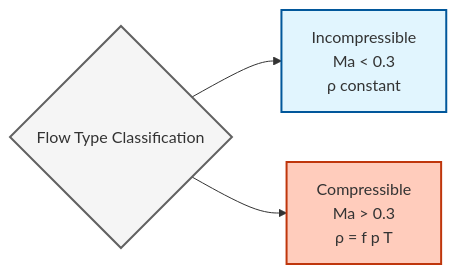
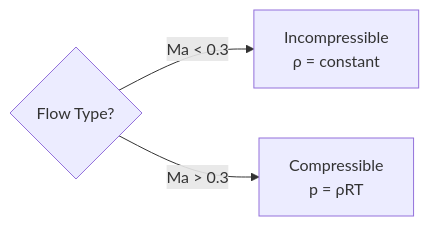
Before and after one commit to wramet/build-my-cfd: the diagram in MODULE_01_CFD_FUNDAMENTALS/CONTENT/01_GOVERNING_EQUATIONS/03_Equation_of_State.md, drawn with Mermaid. The commit also changed other lines of this file and 384 other files, not shown here.

````diff
--- a/MODULE_01_CFD_FUNDAMENTALS/CONTENT/01_GOVERNING_EQUATIONS/03_Equation_of_State.md
+++ b/MODULE_01_CFD_FUNDAMENTALS/CONTENT/01_GOVERNING_EQUATIONS/03_Equation_of_State.md
@@ -152,12 +70,5 @@
 ```mermaid
 graph LR
-classDef implicit fill:#e1f5fe,stroke:#01579b,stroke-width:2px
-classDef explicit fill:#ffccbc,stroke:#bf360c,stroke-width:2px
-classDef context fill:#f5f5f5,stroke:#616161,stroke-width:2px
-Flow{"Flow Type Classification"}:::context
-Incomp["Incompressible<br/>Ma < 0.3<br/>ρ constant"]:::implicit
-Comp["Compressible<br/>Ma > 0.3<br/>ρ = f p T"]:::explicit
-
-Flow --> Incomp
-Flow --> Comp
+    Flow{Flow Type?} --> |Ma < 0.3| Incomp[Incompressible<br/>ρ = constant]
+    Flow --> |Ma > 0.3| Comp[Compressible<br/>p = ρRT]
 ```
````
